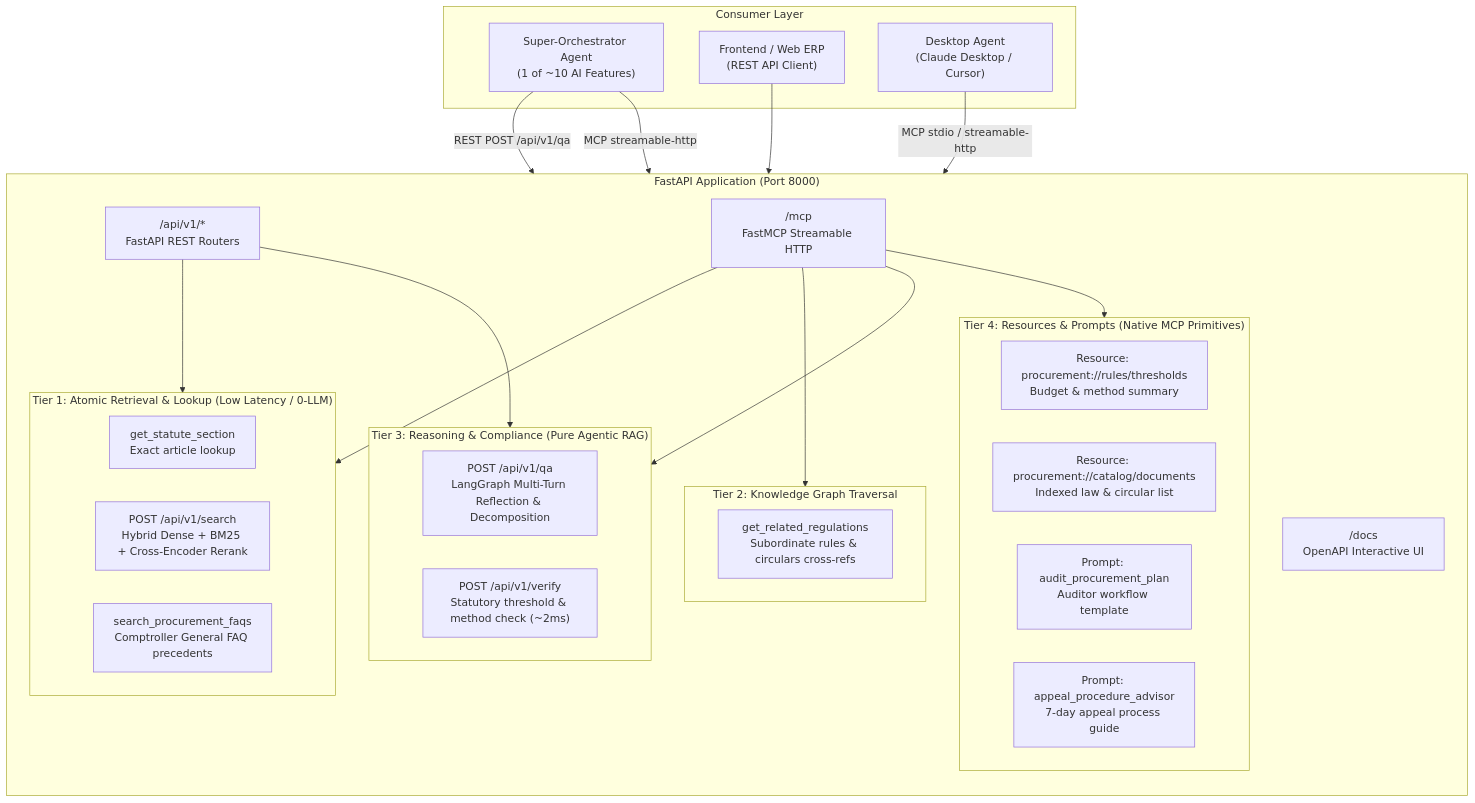
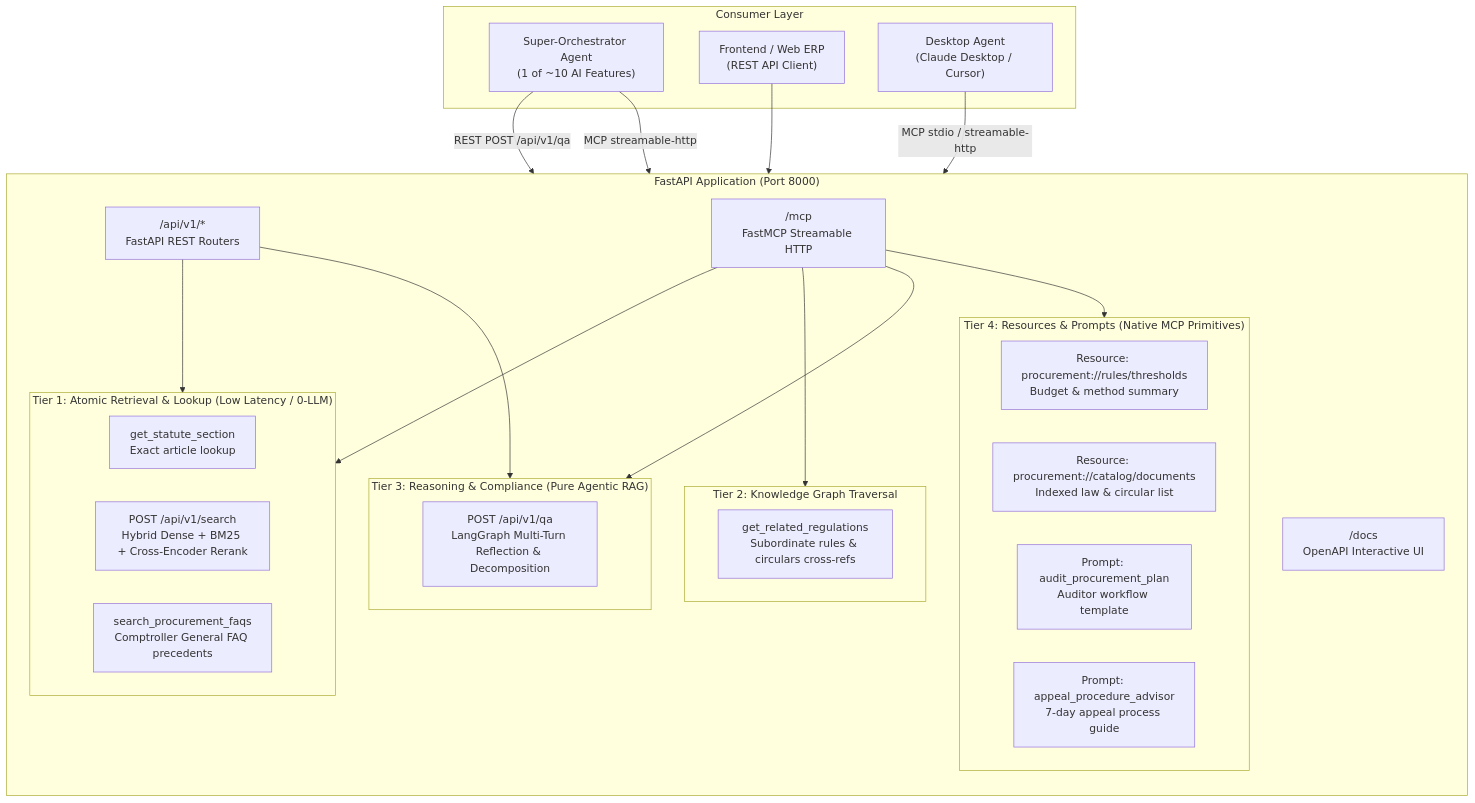
Before and after one commit to PaweekornS/ProcurementQA_Agent: the diagram in docs/MCP.md, drawn with Mermaid. The commit also changed 15 other files, not shown here.

First line of the commit message:
refactor: remove rule-based /api/v1/verify and check_procurement_threshold

````diff
--- a/docs/MCP.md
+++ b/docs/MCP.md
@@ -15,45 +15,44 @@
 ```mermaid
 flowchart TD
     subgraph CLIENTS["Consumer Layer"]
         ORCH["Super-Orchestrator Agent\n(1 of ~10 AI Features)"]
         WEB["Frontend / Web ERP\n(REST API Client)"]
         DESK["Desktop Agent\n(Claude Desktop / Cursor)"]
     end
 
     subgraph BACKEND["FastAPI Application (Port 8000)"]
         direction TB
         SWAGGER["/docs\nOpenAPI Interactive UI"]
         ENDPOINT_REST["/api/v1/*\nFastAPI REST Routers"]
         ENDPOINT_MCP["/mcp\nFastMCP Streamable HTTP"]
 
         subgraph T1["Tier 1: Atomic Retrieval & Lookup (Low Latency / 0-LLM)"]
             T1_1["get_statute_section\nExact article lookup"]
             T1_2["POST /api/v1/search\nHybrid Dense + BM25 + Cross-Encoder Rerank"]
             T1_3["search_procurement_faqs\nComptroller General FAQ precedents"]
         end
 
         subgraph T2["Tier 2: Knowledge Graph Traversal"]
             T2_1["get_related_regulations\nSubordinate rules & circulars cross-refs"]
         end
 
         subgraph T3["Tier 3: Reasoning & Compliance (Pure Agentic RAG)"]
             T3_1["POST /api/v1/qa\nLangGraph Multi-Turn Reflection & Decomposition"]
-            T3_2["POST /api/v1/verify\nStatutory threshold & method check (~2ms)"]
         end
 
         subgraph T4["Tier 4: Resources & Prompts (Native MCP Primitives)"]
             T4_1["Resource: procurement://rules/thresholds\nBudget & method summary"]
             T4_2["Resource: procurement://catalog/documents\nIndexed law & circular list"]
             T4_3["Prompt: audit_procurement_plan\nAuditor workflow template"]
             T4_4["Prompt: appeal_procedure_advisor\n7-day appeal process guide"]
         end
     end
 
     ORCH -->|REST POST /api/v1/qa| ENDPOINT_REST
     ORCH -->|MCP streamable-http| ENDPOINT_MCP
     WEB --> ENDPOINT_REST
     DESK -->|MCP stdio / streamable-http| ENDPOINT_MCP
 
     ENDPOINT_REST --> T1 & T3
     ENDPOINT_MCP --> T1 & T2 & T3 & T4
 ```
````
